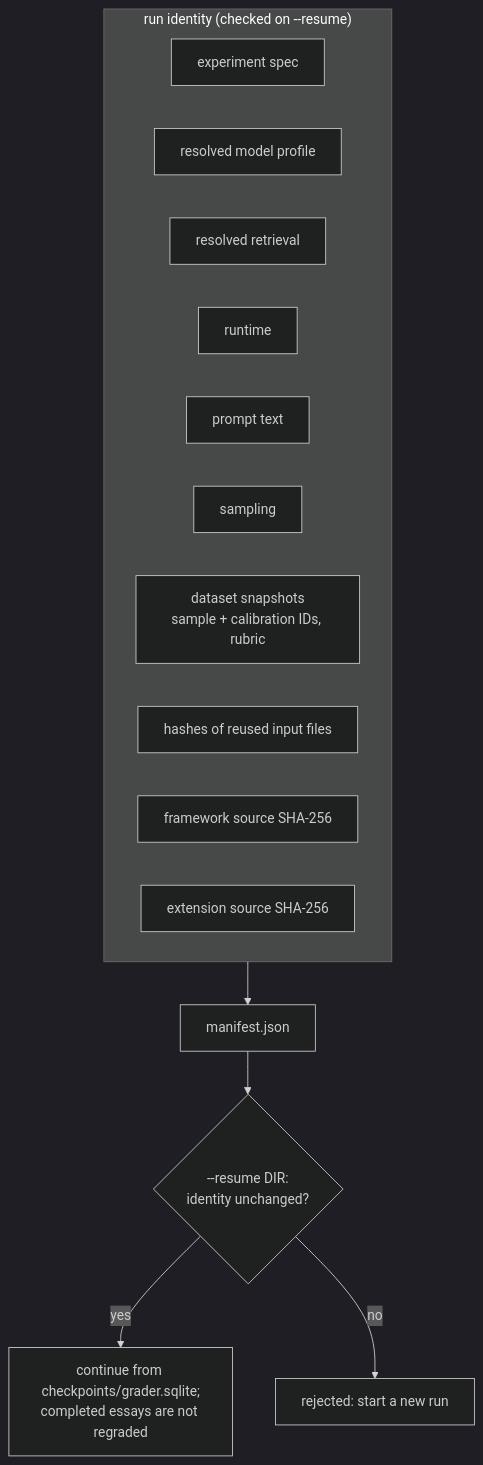
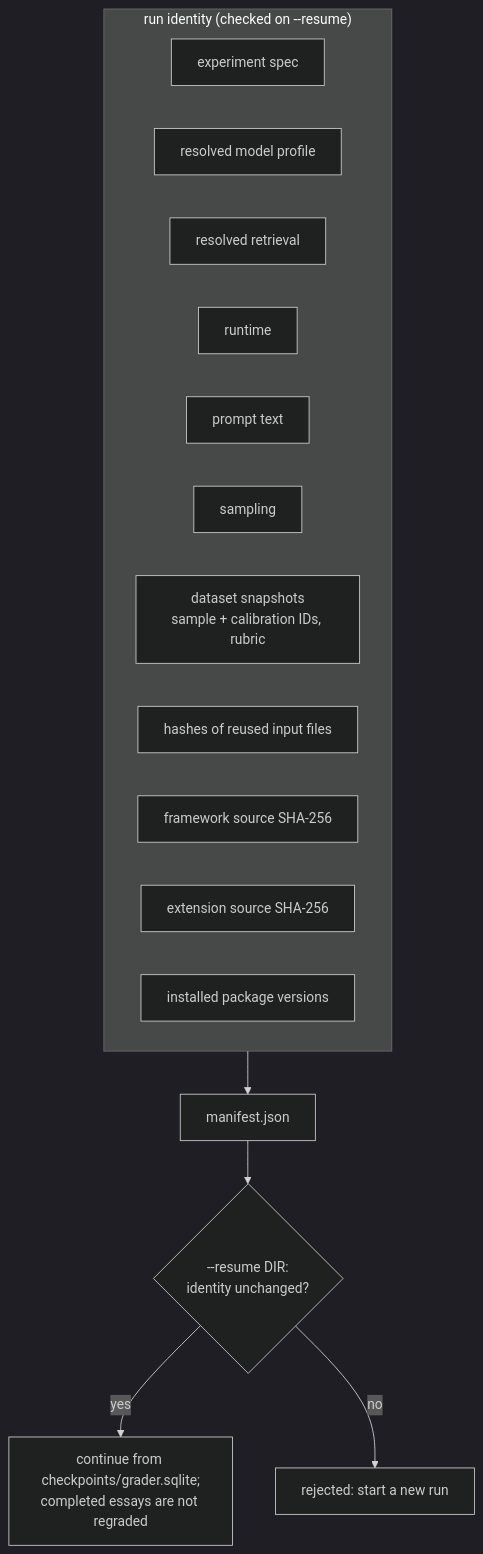
The second of 2 diagrams in docs/architecture/01-run-lifecycle.md (putnich/abaes-eval-fwk), drawn with Mermaid (dark theme) before and after one commit. The commit also changed other lines of this file and 26 other files, not shown here.

````diff
--- a/docs/architecture/01-run-lifecycle.md
+++ b/docs/architecture/01-run-lifecycle.md
@@ -44,19 +44,20 @@
 ```mermaid
 flowchart TB
     subgraph identity["run identity (checked on --resume)"]
         spec["experiment spec"]
         model["resolved model profile"]
         ret["resolved retrieval"]
         rt["runtime"]
         pr["prompt text"]
         smp["sampling"]
         ds["dataset snapshots<br/>sample + calibration IDs, rubric"]
         src["hashes of reused input files"]
         code["framework source SHA-256"]
         ext["extension source SHA-256"]
+        pkgs["installed package versions"]
     end
     identity --> m["manifest.json"]
     m --> q{"--resume DIR:<br/>identity unchanged?"}
     q -- yes --> cont["continue from checkpoints/grader.sqlite;<br/>completed essays are not regraded"]
     q -- no --> rej["rejected: start a new run"]
 ```
````
